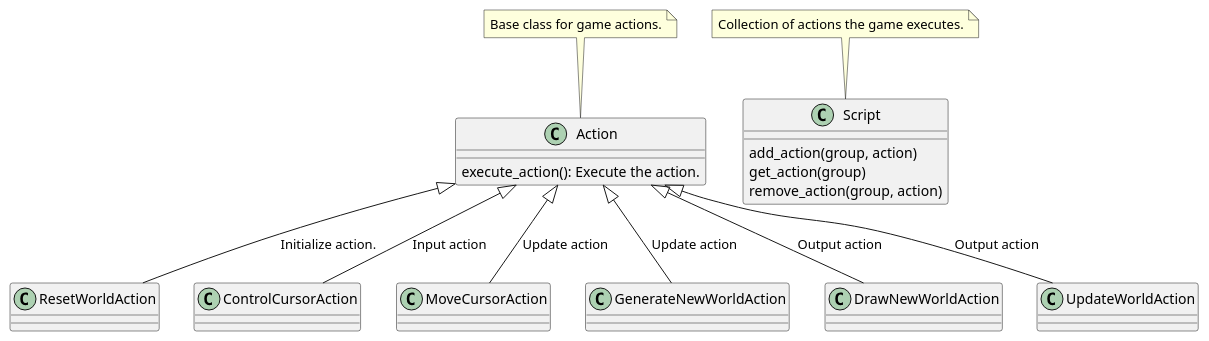
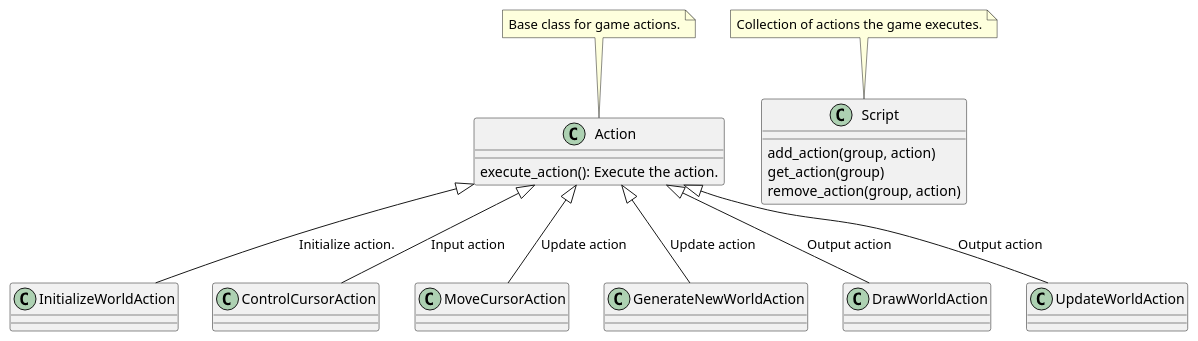
Before and after one commit to mscottreynolds/cse210-06: the third of 3 diagrams in class_diagrams.puml, drawn with PlantUML. The commit also changed other lines of this file and 13 other files, not shown here.

Commit message:
Cleanup and update class diagrams

```diff
--- a/class_diagrams.puml
+++ b/class_diagrams.puml
@@ -76,22 +79,22 @@
 @startuml Action-Class
 
 class Action {
     execute_action(): Execute the action.
 }
 note top: Base class for game actions.
 
-Action <|-- ResetWorldAction:  Initialize action.
+Action <|-- InitializeWorldAction:  Initialize action.
 Action  <|-- ControlCursorAction: Input action
 Action <|-- MoveCursorAction: Update action
 Action <|-- GenerateNewWorldAction: Update action
-Action <|-- DrawNewWorldAction: Output action
+Action <|-- DrawWorldAction: Output action
 Action <|-- UpdateWorldAction: Output action
 
 class Script {
     add_action(group, action)
     get_action(group)
     remove_action(group, action)
 }
 note top: Collection of actions the game executes.
 
 @enduml
```
